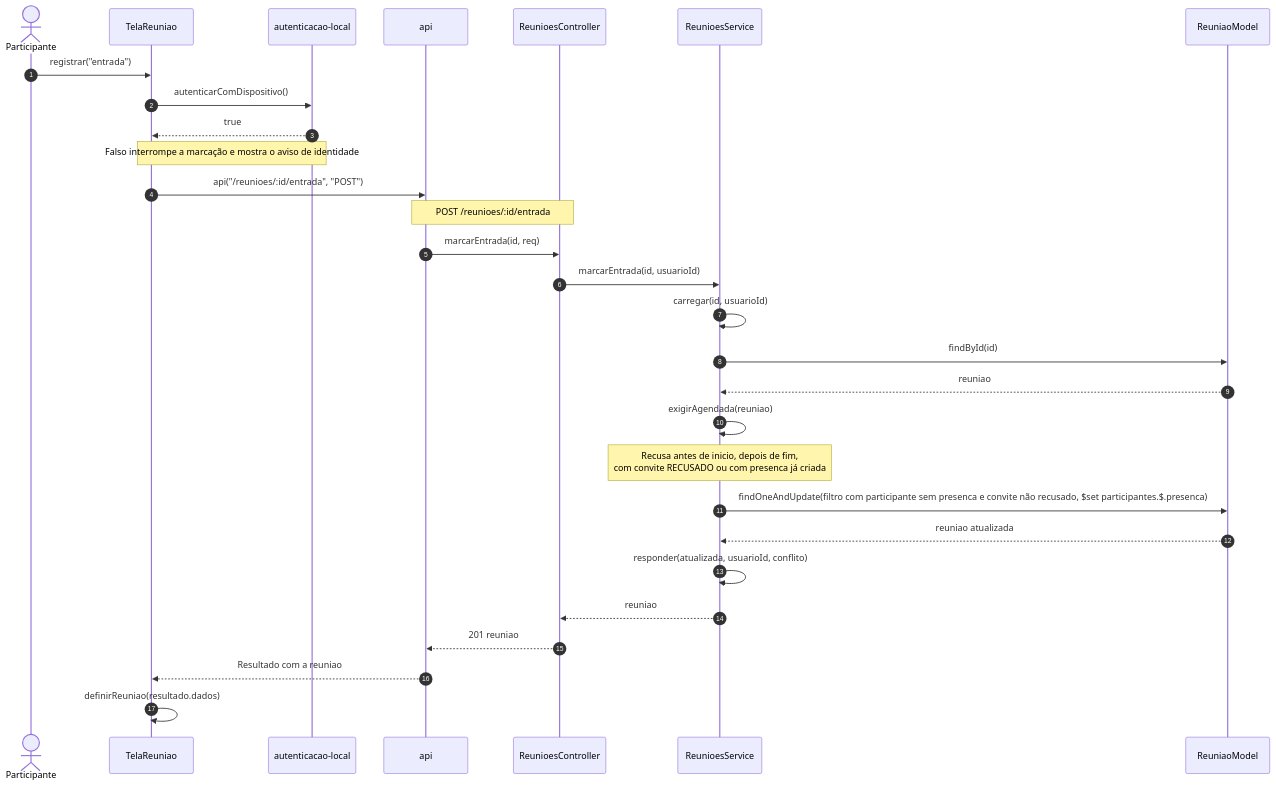
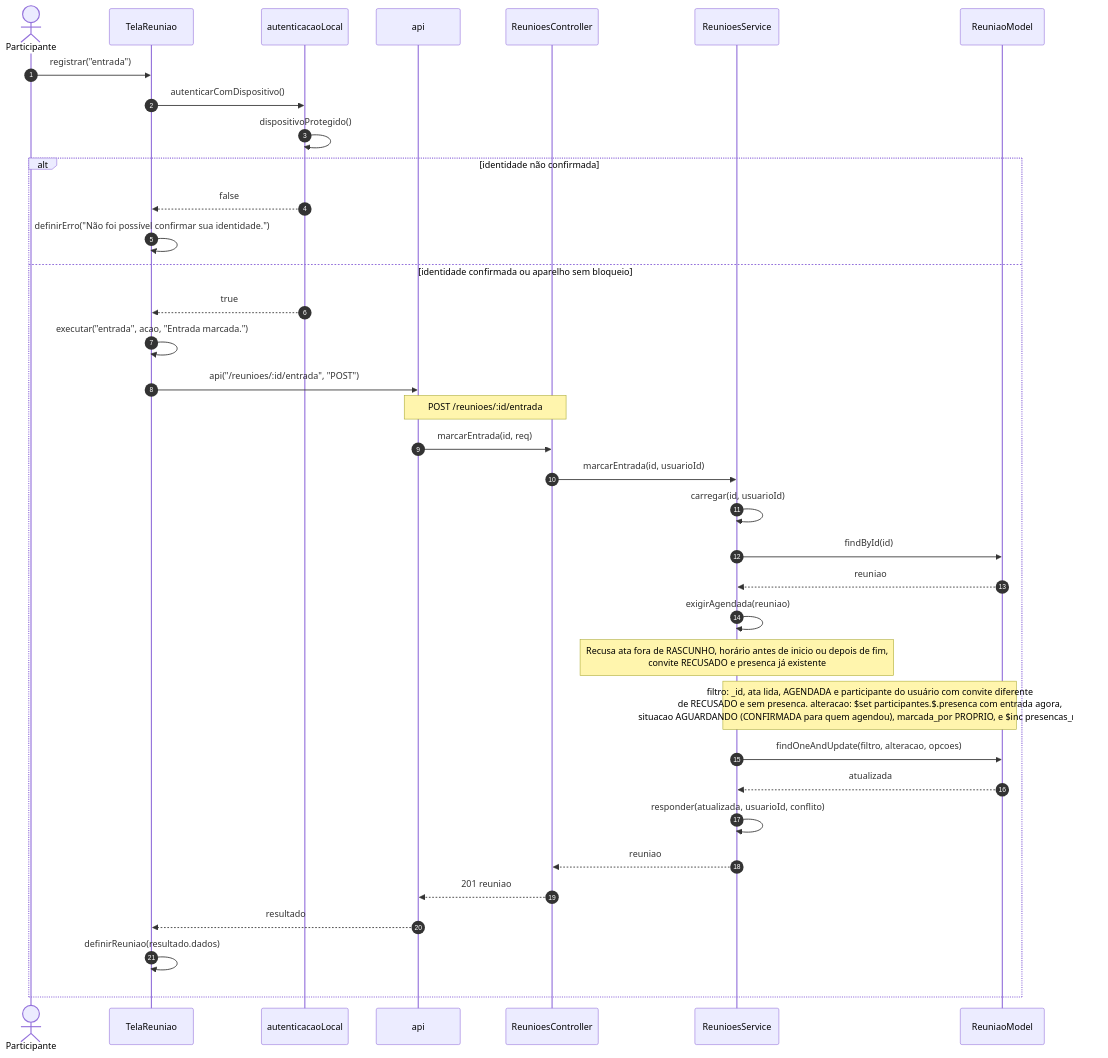
Before and after one commit to Conecta-IFSP/DOCUMENTATION: the sixth of 20 diagrams in 3 - Incremento2/reunioes/6 - diagramas-sequencia-reunioes.md, drawn with Mermaid. The commit also changed other lines of this file and 10 other files, not shown here.

````diff
--- a/3 - Incremento2/reunioes/6 - diagramas-sequencia-reunioes.md
+++ b/3 - Incremento2/reunioes/6 - diagramas-sequencia-reunioes.md
@@ -187,31 +233,38 @@
 ```mermaid
 sequenceDiagram
     autonumber
     actor U as Participante
     participant T as TelaReuniao
-    participant L as autenticacao-local
+    participant L as autenticacaoLocal
     participant A as api
     participant C as ReunioesController
     participant S as ReunioesService
     participant M as ReuniaoModel
     U->>T: registrar("entrada")
     T->>L: autenticarComDispositivo()
-    L-->>T: true
-    Note over T,L: Falso interrompe a marcação e mostra o aviso de identidade
-    T->>A: api("/reunioes/:id/entrada", "POST")
-    Note over A,C: POST /reunioes/:id/entrada
-    A->>C: marcarEntrada(id, req)
-    C->>S: marcarEntrada(id, usuarioId)
-    S->>S: carregar(id, usuarioId)
-    S->>M: findById(id)
-    M-->>S: reuniao
-    S->>S: exigirAgendada(reuniao)
-    Note over S: Recusa antes de inicio, depois de fim,<br/>com convite RECUSADO ou com presenca já criada
-    S->>M: findOneAndUpdate(filtro com participante sem presenca e convite não recusado, $set participantes.$.presenca)
-    M-->>S: reuniao atualizada
-    S->>S: responder(atualizada, usuarioId, conflito)
-    S-->>C: reuniao
-    C-->>A: 201 reuniao
-    A-->>T: Resultado com a reuniao
-    T->>T: definirReuniao(resultado.dados)
+    L->>L: dispositivoProtegido()
+    alt identidade não confirmada
+        L-->>T: false
+        T->>T: definirErro("Não foi possível confirmar sua identidade.")
+    else identidade confirmada ou aparelho sem bloqueio
+        L-->>T: true
+        T->>T: executar("entrada", acao, "Entrada marcada.")
+        T->>A: api("/reunioes/:id/entrada", "POST")
+        Note over A,C: POST /reunioes/:id/entrada
+        A->>C: marcarEntrada(id, req)
+        C->>S: marcarEntrada(id, usuarioId)
+        S->>S: carregar(id, usuarioId)
+        S->>M: findById(id)
+        M-->>S: reuniao
+        S->>S: exigirAgendada(reuniao)
+        Note over S: Recusa ata fora de RASCUNHO, horário antes de inicio ou depois de fim,<br/>convite RECUSADO e presenca já existente
+        Note over S,M: filtro: _id, ata lida, AGENDADA e participante do usuário com convite diferente<br/>de RECUSADO e sem presenca. alteracao: $set participantes.$.presenca com entrada agora,<br/>situacao AGUARDANDO (CONFIRMADA para quem agendou), marcada_por PROPRIO, e $inc presencas_revisao
+        S->>M: findOneAndUpdate(filtro, alteracao, opcoes)
+        M-->>S: atualizada
+        S->>S: responder(atualizada, usuarioId, conflito)
+        S-->>C: reuniao
+        C-->>A: 201 reuniao
+        A-->>T: resultado
+        T->>T: definirReuniao(resultado.dados)
+    end
 ```
````
